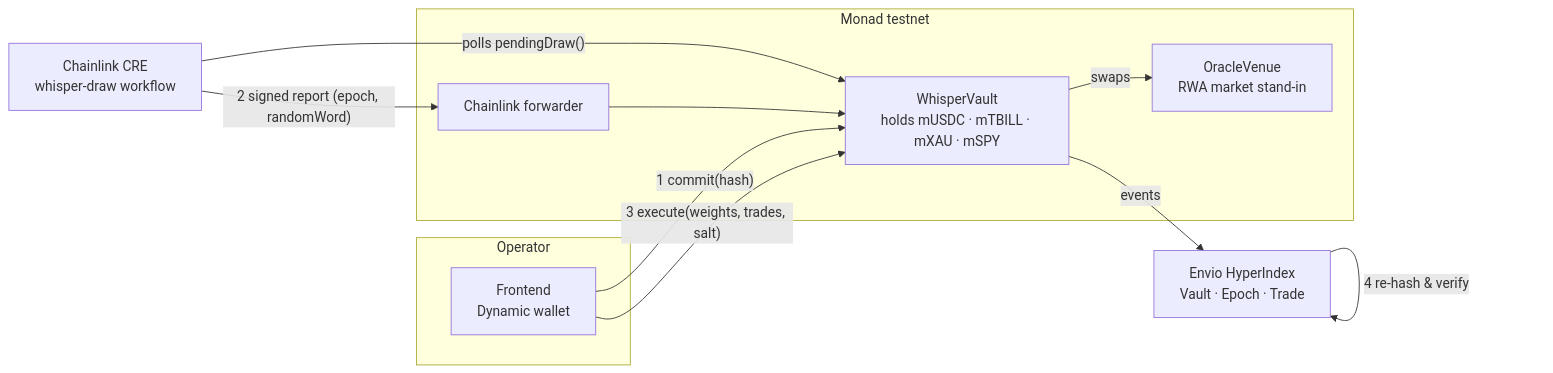
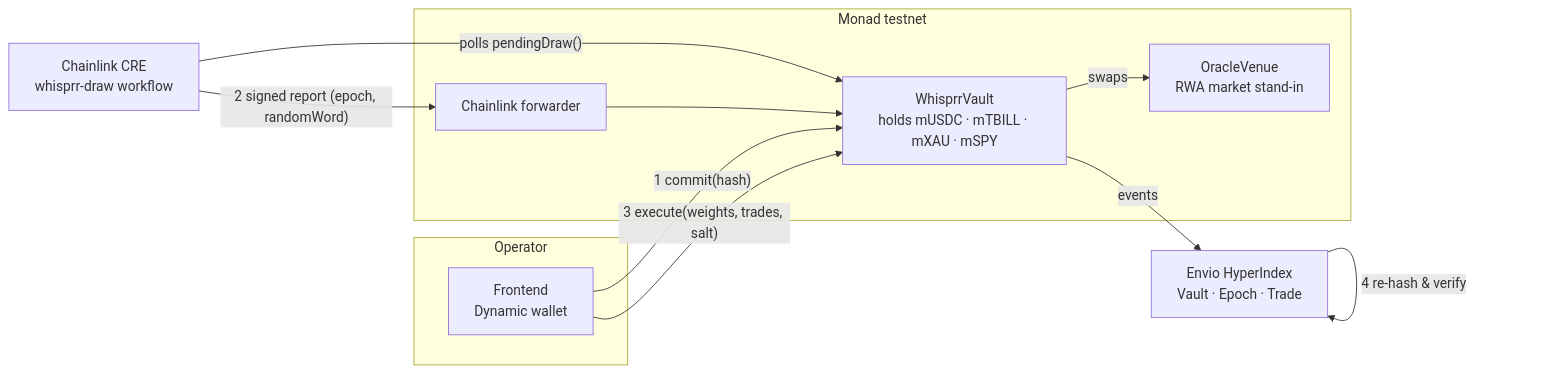
One commit to tarikriviere/whisprr changed the diagram in README.md. Above: the diagram before and after it, drawn with Mermaid. The commit also changed other lines of this file and 39 other files, not shown here.

First line of the commit message:
Rebrand Whisper to Whisprr

````diff
--- a/README.md
+++ b/README.md
@@ -59,21 +59,21 @@
 ```mermaid
 flowchart LR
     subgraph Operator
       UI[Frontend<br/>Dynamic wallet]
     end
     subgraph Monad testnet
-      V[WhisperVault<br/>holds mUSDC · mTBILL · mXAU · mSPY]
+      V[WhisprrVault<br/>holds mUSDC · mTBILL · mXAU · mSPY]
       X[OracleVenue<br/>RWA market stand-in]
       F[Chainlink forwarder]
     end
-    CRE[Chainlink CRE<br/>whisper-draw workflow]
+    CRE[Chainlink CRE<br/>whisprr-draw workflow]
     ENV[Envio HyperIndex<br/>Vault · Epoch · Trade]
 
     UI -- "1 commit(hash)" --> V
     CRE -- "polls pendingDraw()" --> V
     CRE -- "2 signed report (epoch, randomWord)" --> F --> V
     UI -- "3 execute(weights, trades, salt)" --> V
     V -- "swaps" --> X
     V -- "events" --> ENV
     ENV -- "4 re-hash & verify" --> ENV
 ```
````
